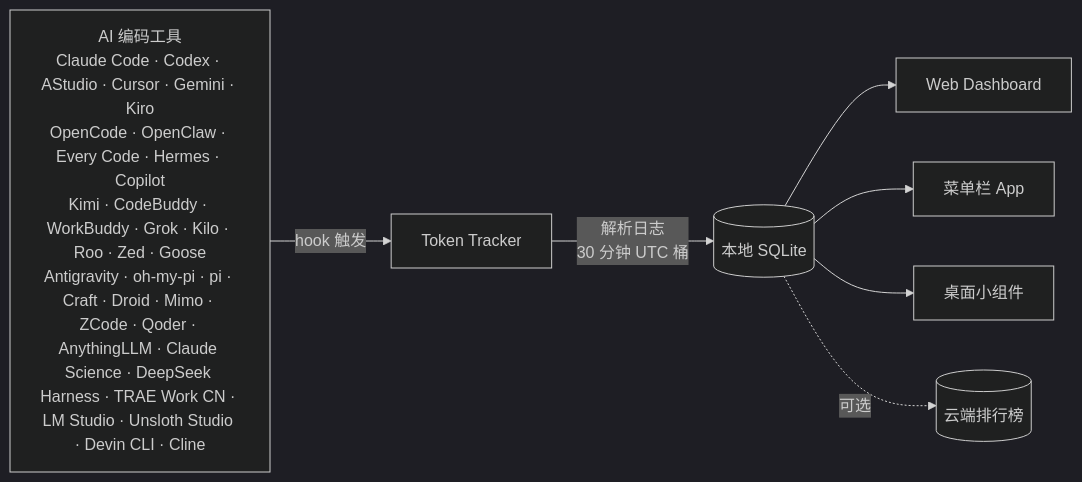
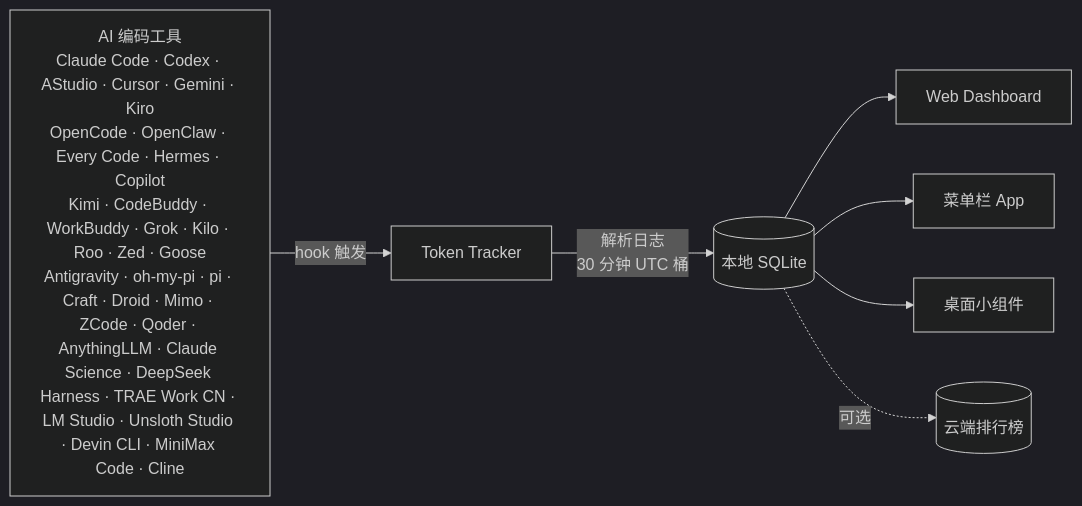
The diagram in README.zh-CN.md (SayAMDYES/TokenTracker), drawn with Mermaid (dark theme) before and after one commit. The commit also changed other lines of this file and 5 other files, not shown here.

Commit message:
docs: refresh Cline and MiniMax inventories

````diff
--- a/README.zh-CN.md
+++ b/README.zh-CN.md
@@ -247,10 +247,10 @@
 ```mermaid
 flowchart LR
-    A["AI 编码工具<br/>Claude Code · Codex · AStudio · Cursor · Gemini · Kiro<br/>OpenCode · OpenClaw · Every Code · Hermes · Copilot<br/>Kimi · CodeBuddy · WorkBuddy · Grok · Kilo · Roo · Zed · Goose<br/>Antigravity · oh-my-pi · pi · Craft · Droid · Mimo · ZCode · Qoder · AnythingLLM · Claude Science · DeepSeek Harness · TRAE Work CN · LM Studio · Unsloth Studio · Devin CLI · Cline"]
+    A["AI 编码工具<br/>Claude Code · Codex · AStudio · Cursor · Gemini · Kiro<br/>OpenCode · OpenClaw · Every Code · Hermes · Copilot<br/>Kimi · CodeBuddy · WorkBuddy · Grok · Kilo · Roo · Zed · Goose<br/>Antigravity · oh-my-pi · pi · Craft · Droid · Mimo · ZCode · Qoder · AnythingLLM · Claude Science · DeepSeek Harness · TRAE Work CN · LM Studio · Unsloth Studio · Devin CLI · MiniMax Code · Cline"]
     A -->|hook 触发| B[Token Tracker]
     B -->|解析日志<br/>30 分钟 UTC 桶| C[(本地 SQLite)]
     C --> D[Web Dashboard]
     C --> E[菜单栏 App]
     C --> F[桌面小组件]
     C -.->|可选| G[(云端排行榜)]
 ```
````
